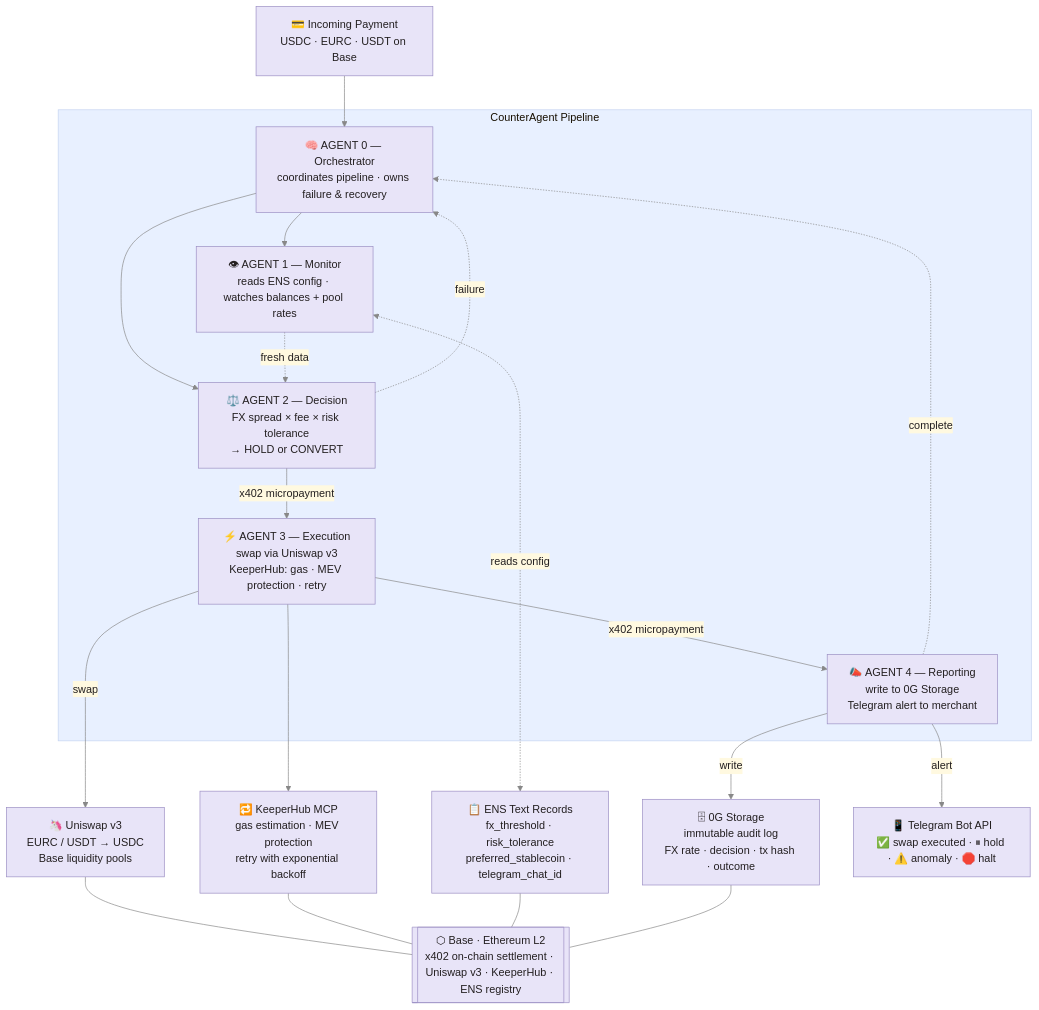
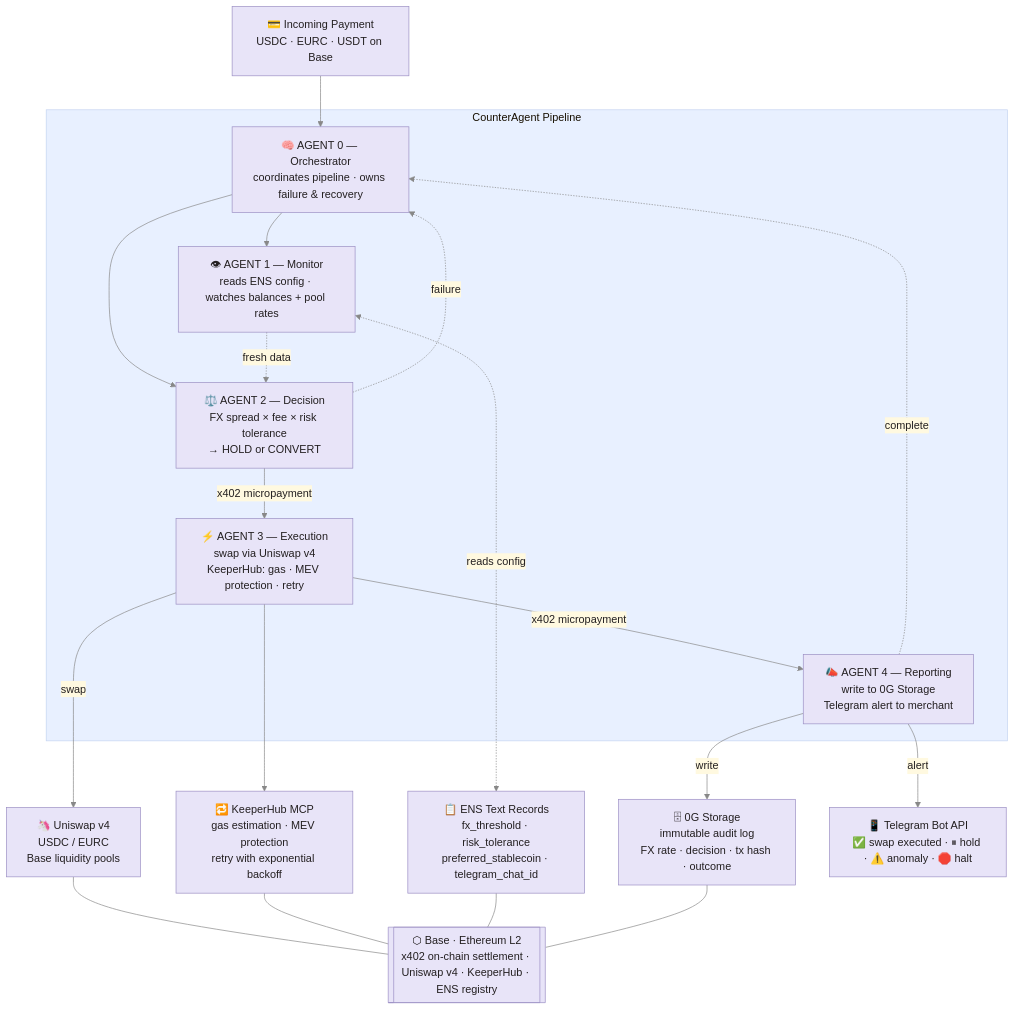
The diagram in README.md (JulioMCruz/CounterAgent), drawn with Mermaid before and after one commit. The commit also changed other lines of this file and 19 other files, not shown here.

````diff
--- a/README.md
+++ b/README.md
@@ -37,41 +37,41 @@
 ```mermaid
 %%{init: {'theme': 'base', 'themeVariables': {'primaryColor': '#E8E4F8', 'primaryBorderColor': '#9B8EC4', 'primaryTextColor': '#231F20', 'lineColor': '#888888', 'secondaryColor': '#FFF9E0', 'tertiaryColor': '#E8F0FF'}}}%%
 
 flowchart TD
     PAY["💳 Incoming Payment\nUSDC · EURC · USDT on Base"]
 
     subgraph PIPELINE ["CounterAgent Pipeline"]
         A0["🧠 AGENT 0 — Orchestrator\ncoordinates pipeline · owns failure & recovery"]
         A1["👁 AGENT 1 — Monitor\nreads ENS config · watches balances + pool rates"]
         A2["⚖️ AGENT 2 — Decision\nFX spread × fee × risk tolerance\n→ HOLD or CONVERT"]
-        A3["⚡ AGENT 3 — Execution\nswap via Uniswap v3\nKeeperHub: gas · MEV protection · retry"]
+        A3["⚡ AGENT 3 — Execution\nswap via Uniswap v4\nKeeperHub: gas · MEV protection · retry"]
         A4["📣 AGENT 4 — Reporting\nwrite to 0G Storage\nTelegram alert to merchant"]
     end
 
     ENS["📋 ENS Text Records\nfx_threshold · risk_tolerance\npreferred_stablecoin · telegram_chat_id"]
-    UNI["🦄 Uniswap v3\nEURC / USDT → USDC\nBase liquidity pools"]
+    UNI["🦄 Uniswap v4\nUSDC / EURC\nBase liquidity pools"]
     KH["🔁 KeeperHub MCP\ngas estimation · MEV protection\nretry with exponential backoff"]
     ZERO["🗄 0G Storage\nimmutable audit log\nFX rate · decision · tx hash · outcome"]
     TG["📱 Telegram Bot API\n✅ swap executed · ⏸ hold · ⚠️ anomaly · 🛑 halt"]
 
-    BASE[["⬡ Base · Ethereum L2\nx402 on-chain settlement · Uniswap v3 · KeeperHub · ENS registry"]]
+    BASE[["⬡ Base · Ethereum L2\nx402 on-chain settlement · Uniswap v4 · KeeperHub · ENS registry"]]
 
     PAY --> A0
     A0 --> A1
     A0 --> A2
     A1 -. fresh data .-> A2
     A1 <-. reads config .-> ENS
     A2 -- "x402 micropayment" --> A3
     A2 -. failure .-> A0
     A3 -- swap --> UNI
     A3 --> KH
     A3 -- "x402 micropayment" --> A4
     A4 -- write --> ZERO
     A4 -- alert --> TG
     A4 -. complete .-> A0
 
     UNI --- BASE
     KH --- BASE
     ENS --- BASE
     ZERO --- BASE
 ```
````
